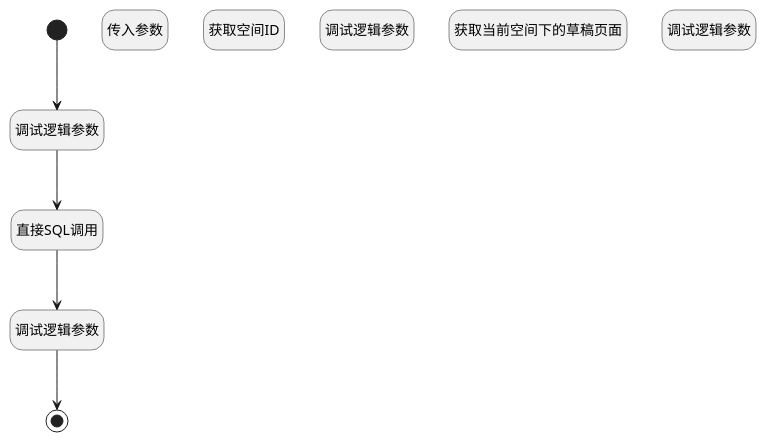
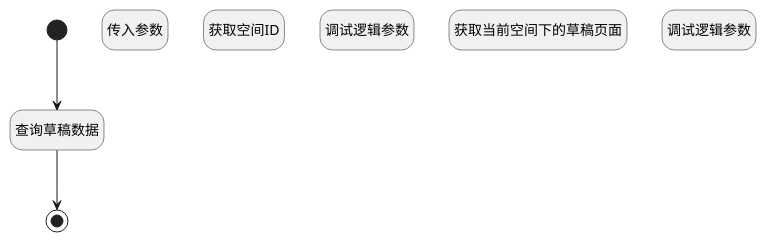
One commit to iBizLab/plm changed the diagram in doc/docsify/module/Wiki/article_page/logic/get_draft_pages.md. Above: the diagram before and after it, drawn with PlantUML. The commit also changed other lines of this file and 2344 other files, not shown here.

````diff
--- a/doc/docsify/module/Wiki/article_page/logic/get_draft_pages.md
+++ b/doc/docsify/module/Wiki/article_page/logic/get_draft_pages.md
@@ -7,30 +7,26 @@
 ```plantuml
 @startuml
 hide empty description
 <style>
 root {
   HyperlinkColor #42b983
 }
 </style>
 
 hide empty description
 state "开始" as Begin <<start>> [[$./get_draft_pages#begin {"开始"}]]
 state "传入参数" as DEBUGPARAM1  [[$./get_draft_pages#debugparam1 {"传入参数"}]]
 state "获取空间ID" as PREPAREPARAM1  [[$./get_draft_pages#prepareparam1 {"获取空间ID"}]]
 state "调试逻辑参数" as DEBUGPARAM2  [[$./get_draft_pages#debugparam2 {"调试逻辑参数"}]]
 state "获取当前空间下的草稿页面" as DEDATASET1  [[$./get_draft_pages#dedataset1 {"获取当前空间下的草稿页面"}]]
 state "调试逻辑参数" as DEBUGPARAM3  [[$./get_draft_pages#debugparam3 {"调试逻辑参数"}]]
 state "返回查询结果" as END1 <<end>> [[$./get_draft_pages#end1 {"返回查询结果"}]]
-state "直接SQL调用" as RAWSQLCALL1  [[$./get_draft_pages#rawsqlcall1 {"直接SQL调用"}]]
-state "调试逻辑参数" as DEBUGPARAM5  [[$./get_draft_pages#debugparam5 {"调试逻辑参数"}]]
-state "调试逻辑参数" as DEBUGPARAM4  [[$./get_draft_pages#debugparam4 {"调试逻辑参数"}]]
+state "查询草稿数据" as RAWSQLCALL1  [[$./get_draft_pages#rawsqlcall1 {"查询草稿数据"}]]
 
 
-Begin --> DEBUGPARAM4
-DEBUGPARAM4 --> RAWSQLCALL1
-RAWSQLCALL1 --> DEBUGPARAM5
-DEBUGPARAM5 --> END1
+Begin --> RAWSQLCALL1
+RAWSQLCALL1 --> END1
 
 
 @enduml
 ```
````
